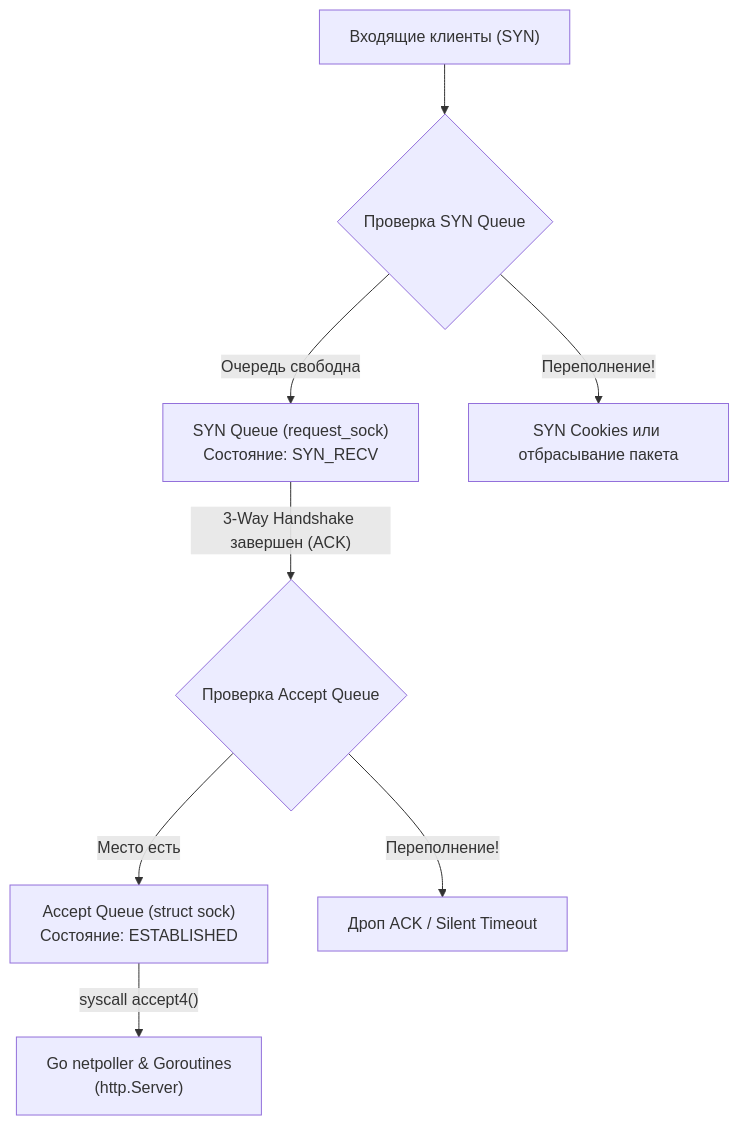
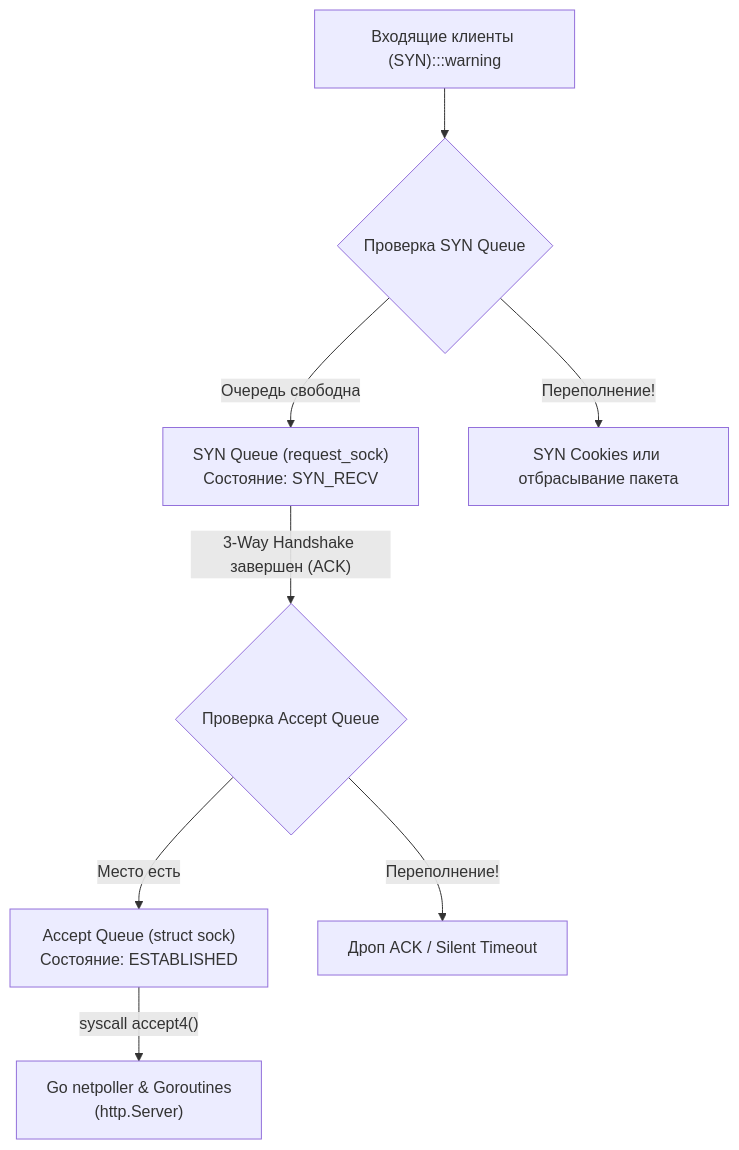
Before and after one commit to UnrealTemplier/go-textbook: the first of 3 diagrams in sources/2. Устройство и работа ОС/49. Backlog, SYN Queue и Accept Queue.md, drawn with Mermaid. The commit also changed other lines of this file and 1666 other files, not shown here.

First line of the commit message:
feat(mermaid): add semantic color classDef to 1369 colorless flowchart/graph diagrams

````diff
--- a/sources/2. Устройство и работа ОС/49. Backlog, SYN Queue и Accept Queue.md
+++ b/sources/2. Устройство и работа ОС/49. Backlog, SYN Queue и Accept Queue.md
@@ -16,15 +16,25 @@
 ```mermaid
 flowchart TD
-    Client["Входящие клиенты (SYN)"] --> PreFilter{"Проверка SYN Queue"}
+    classDef process  fill:#1e293b,stroke:#38bdf8,stroke-width:1px,color:#f8fafc
+    classDef success  fill:#064e3b,stroke:#34d399,stroke-width:1px,color:#f8fafc
+    classDef error    fill:#7f1d1d,stroke:#f87171,stroke-width:1px,color:#f8fafc
+    classDef warning  fill:#78350f,stroke:#fbbf24,stroke-width:1px,color:#f8fafc
+    classDef entry    fill:#1e3a5f,stroke:#38bdf8,stroke-width:2px,color:#f8fafc
+    classDef aux      fill:#334155,stroke:#64748b,stroke-width:1px,color:#f8fafc
+    classDef system   fill:#312e81,stroke:#a78bfa,stroke-width:1px,color:#f8fafc
+    classDef data     fill:#132d29,stroke:#2dd4bf,stroke-width:1px,color:#f8fafc
+    classDef network  fill:#881337,stroke:#fb7185,stroke-width:1px,color:#f8fafc
+    classDef accent   fill:#1e1b4b,stroke:#818cf8,stroke-width:1px,color:#f8fafc
+    Client["Входящие клиенты (SYN):::warning"] --> PreFilter{"Проверка SYN Queue"}
     PreFilter -->|Очередь свободна| SYNQ["SYN Queue (request_sock)
 Состояние: SYN_RECV"]
     PreFilter -->|Переполнение!| SYNDrop["SYN Cookies или отбрасывание пакета"]
 
     SYNQ -->|"3-Way Handshake завершен (ACK)"| PostFilter{"Проверка Accept Queue"}
     PostFilter -->|Место есть| AcceptQ["Accept Queue (struct sock)
 Состояние: ESTABLISHED"]
     PostFilter -->|Переполнение!| AcceptDrop["Дроп ACK / Silent Timeout"]
 
     AcceptQ -->|"syscall accept4()"| GoNetpoll["Go netpoller & Goroutines
 (http.Server)"]
 ```
````
